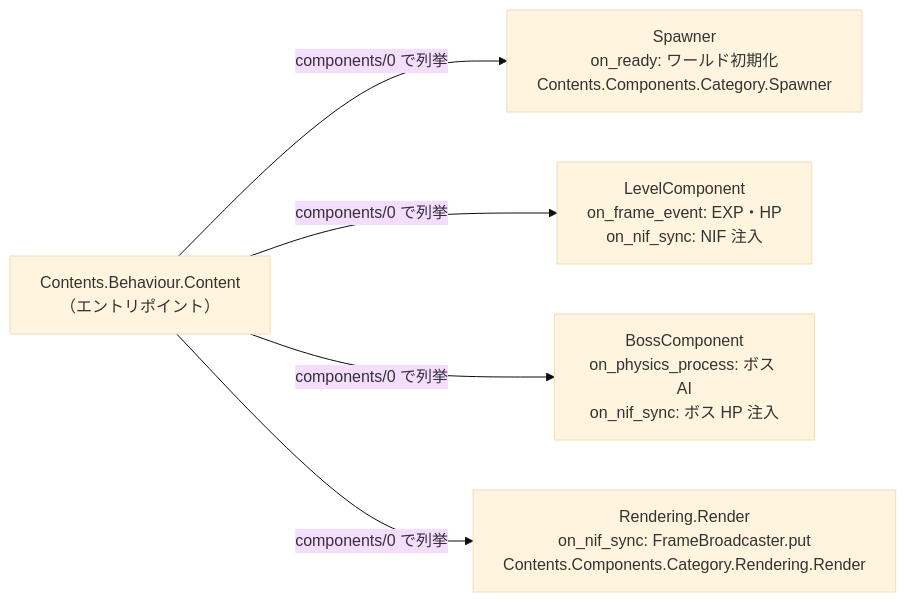
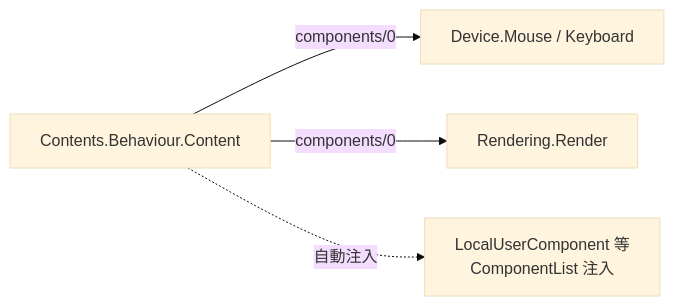
Before and after one commit to FRICK-ELDY/alchemy-engine: the first of 2 diagrams in docs/architecture/elixir/contents.md, drawn with Mermaid (base theme). The commit also changed other lines of this file and 11 other files, not shown here.

Commit message:
docs(architecture): 現行構成（Formula NIF・Elixir tick・3 コンテンツ）に合わせて更新

````diff
--- a/docs/architecture/elixir/contents.md
+++ b/docs/architecture/elixir/contents.md
@@ -15,13 +19,10 @@
 ```mermaid
 graph LR
-    CB["Contents.Behaviour.Content\n（エントリポイント）"]
-    SC["Spawner\non_ready: ワールド初期化\nContents.Components.Category.Spawner"]
-    LC["LevelComponent\non_frame_event: EXP・HP\non_nif_sync: NIF 注入"]
-    BC["BossComponent\non_physics_process: ボス AI\non_nif_sync: ボス HP 注入"]
-    RC["Rendering.Render\non_nif_sync: FrameBroadcaster.put\nContents.Components.Category.Rendering.Render"]
-
-    CB -->|components/0 で列挙| SC
-    CB -->|components/0 で列挙| LC
-    CB -->|components/0 で列挙| BC
-    CB -->|components/0 で列挙| RC
+    CB["Contents.Behaviour.Content"]
+    LU[LocalUserComponent 等<br/>ComponentList 注入]
+    DEV["Device.Mouse / Keyboard"]
+    RC["Rendering.Render"]
+    CB -->|components/0| DEV
+    CB -->|components/0| RC
+    CB -.->|自動注入| LU
 ```
````
